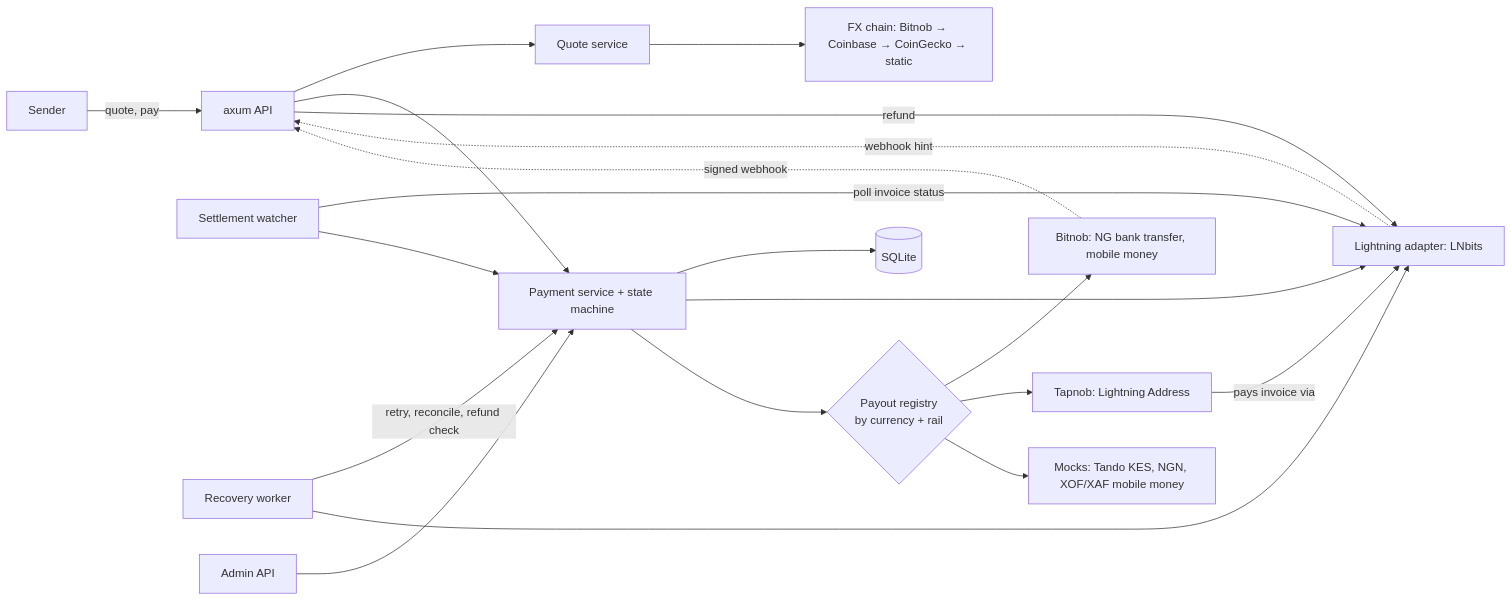
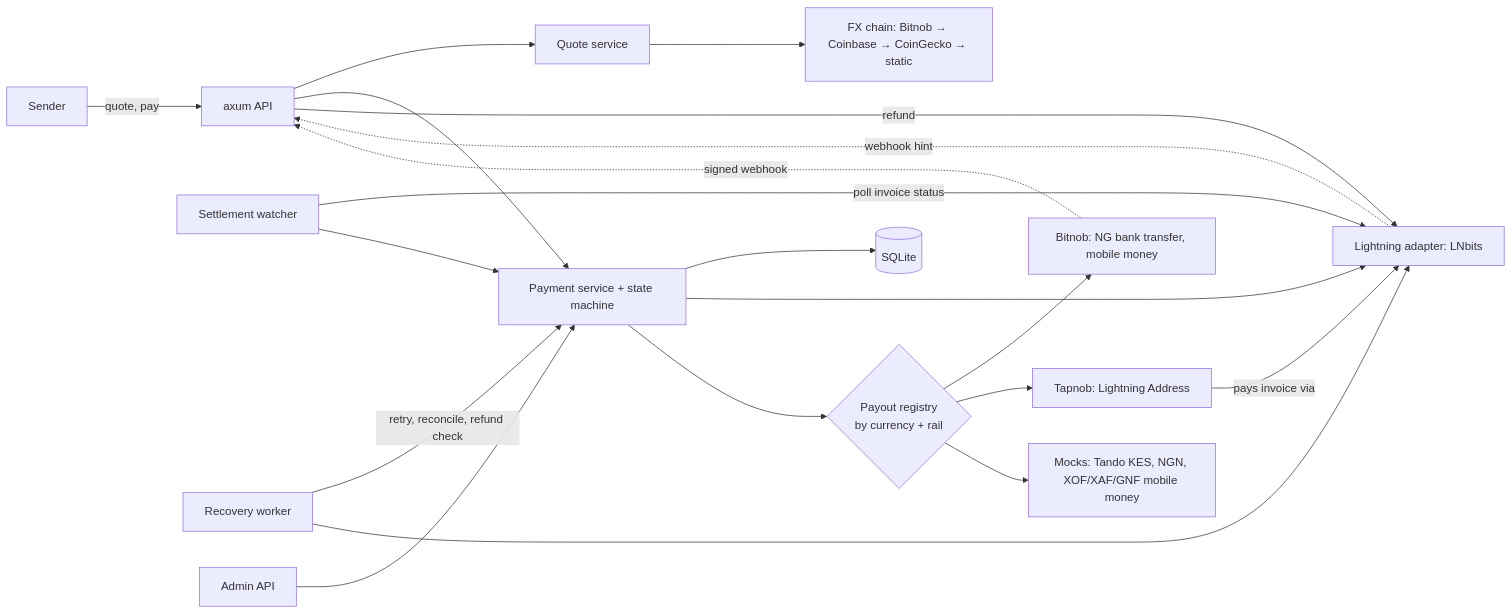
The diagram in docs/implementation-status.md (Manuel1234477/satsbridge), drawn with Mermaid before and after one commit. The commit also changed other lines of this file and 6 other files, not shown here.

First line of the commit message:
Offer GNF payouts over the mock mobile money rail

````diff
--- a/docs/implementation-status.md
+++ b/docs/implementation-status.md
@@ -25,22 +25,22 @@
 ```mermaid
 flowchart LR
     S[Sender] -->|quote, pay| API[axum API]
     API --> Q[Quote service]
     Q --> FX[FX chain: Bitnob → Coinbase → CoinGecko → static]
     API --> P[Payment service + state machine]
     P --> DB[(SQLite)]
     P --> LN[Lightning adapter: LNbits]
     LN -. webhook hint .-> API
     W[Settlement watcher] -->|poll invoice status| LN
     W --> P
     P --> R{Payout registry<br/>by currency + rail}
     R --> BN[Bitnob: NG bank transfer, mobile money]
     R --> TP[Tapnob: Lightning Address]
-    R --> MK[Mocks: Tando KES, NGN, XOF/XAF mobile money]
+    R --> MK[Mocks: Tando KES, NGN, XOF/XAF/GNF mobile money]
     BN -. signed webhook .-> API
     TP -->|pays invoice via| LN
     RW[Recovery worker] -->|retry, reconcile, refund check| P
     RW --> LN
     A[Admin API] --> P
     API -->|refund| LN
 ```
````
